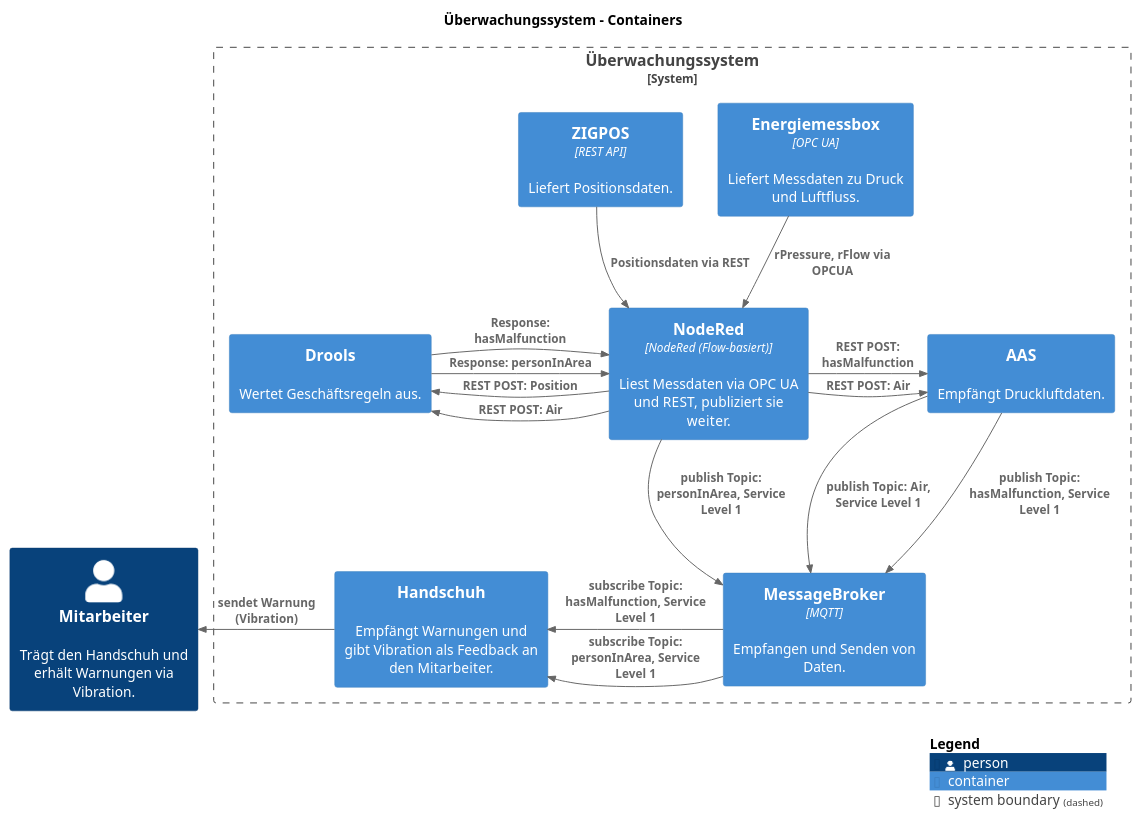
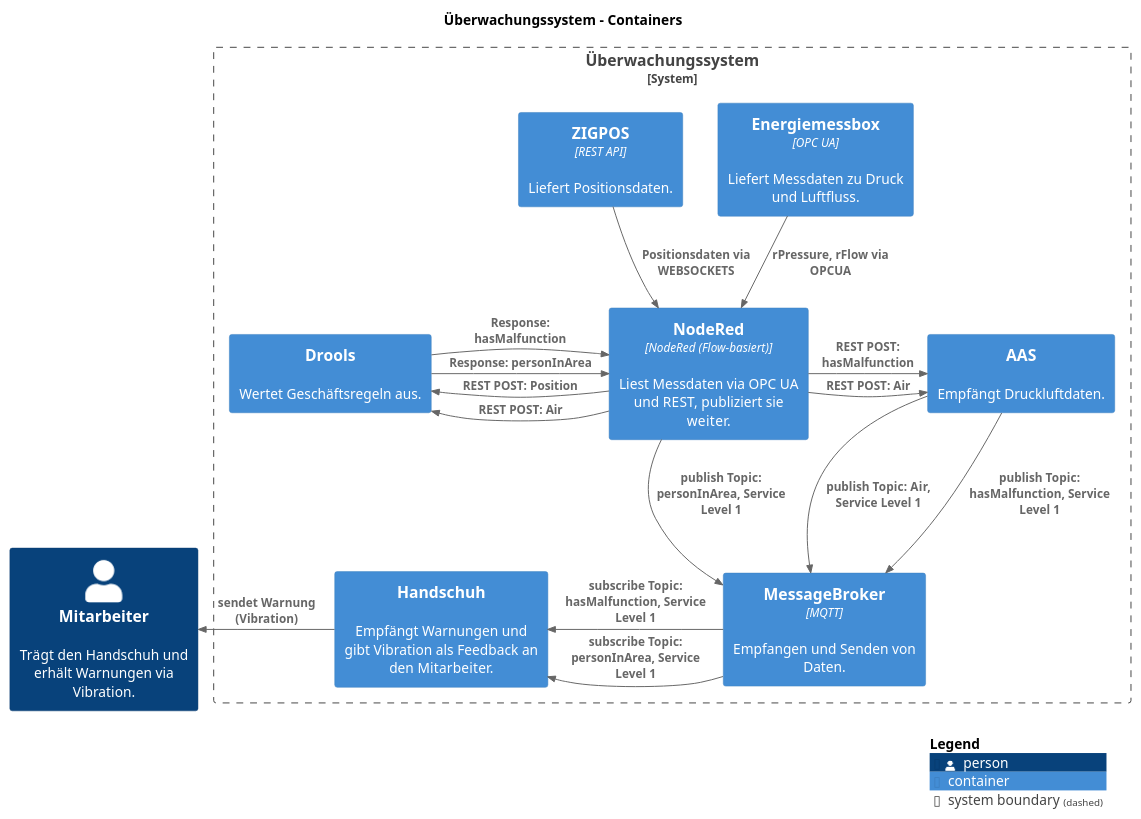
One commit to a-schulz/bpa-energiemessbox changed the diagram in system_diagram.puml. Above: the diagram before and after it, drawn with PlantUML. The commit also changed 1 other file, not shown here.

Commit message:
concept: system_diagram.puml

```diff
--- a/system_diagram.puml
+++ b/system_diagram.puml
@@ -1,45 +1,45 @@
 @startuml
 set separator none
 
 title Überwachungssystem - Containers
 
 !include <C4/C4>
 !include <C4/C4_Context>
 !include <C4/C4_Container>
 
 Person(Mitarbeiter, "Mitarbeiter", $descr="Trägt den Handschuh und erhält Warnungen via Vibration.", $tags="", $link="")
 
 System_Boundary("Überwachungssystem_boundary", "Überwachungssystem", $tags="") {
   Container(Überwachungssystem.Energiemessbox, "Energiemessbox", $techn="OPC UA", $descr="Liefert Messdaten zu Druck und Luftfluss.", $tags="", $link="")
   Container(Überwachungssystem.NodeRed, "NodeRed", $techn="NodeRed (Flow-basiert)", $descr="Liest Messdaten via OPC UA und REST, publiziert sie weiter.", $tags="", $link="")
   Container(Überwachungssystem.ZIGPOS, "ZIGPOS", $techn="REST API", $descr="Liefert Positionsdaten.", $tags="", $link="")
   Container(Überwachungssystem.MessageBroker, "MessageBroker", $techn="MQTT", $descr="Empfangen und Senden von Daten.", $tags="", $link="")
   Container(Überwachungssystem.Handschuh, "Handschuh", $techn="", $descr="Empfängt Warnungen und gibt Vibration als Feedback an den Mitarbeiter.", $tags="", $link="")
   Container(Überwachungssystem.AAS, "AAS", $techn="", $descr="Empfängt Druckluftdaten.", $tags="", $link="")
   Container(Überwachungssystem.Drools, "Drools", $techn="", $descr="Wertet Geschäftsregeln aus.", $tags="", $link="")
 }
 
 Rel(Überwachungssystem.Energiemessbox, Überwachungssystem.NodeRed, "rPressure, rFlow via OPCUA", $techn="", $tags="", $link="")
-Rel(Überwachungssystem.ZIGPOS, Überwachungssystem.NodeRed, "Positionsdaten via REST", $techn="", $tags="", $link="")
+Rel(Überwachungssystem.ZIGPOS, Überwachungssystem.NodeRed, "Positionsdaten via WEBSOCKETS", $techn="", $tags="", $link="")
 
 Rel_L(Überwachungssystem.NodeRed, Überwachungssystem.Drools, "REST POST: Air", $techn="", $tags="", $link="")
 Rel_R(Überwachungssystem.Drools, Überwachungssystem.NodeRed, "Response: hasMalfunction", $techn="", $tags="", $link="")
 
 Rel_L(Überwachungssystem.NodeRed, Überwachungssystem.Drools, "REST POST: Position", $techn="", $tags="", $link="")
 Rel_R(Überwachungssystem.Drools, Überwachungssystem.NodeRed, "Response: personInArea", $techn="", $tags="", $link="")
 
 Rel_R(Überwachungssystem.NodeRed, Überwachungssystem.AAS, "REST POST: Air", $techn="", $tags="", $link="")
 Rel_L(Überwachungssystem.NodeRed, Überwachungssystem.AAS, "REST POST: hasMalfunction", $techn="", $tags="", $link="")
 
 Rel(Überwachungssystem.NodeRed, Überwachungssystem.MessageBroker, "publish Topic: personInArea, Service Level 1", $techn="", $tags="", $link="")
 
 Rel(Überwachungssystem.AAS, Überwachungssystem.MessageBroker, "publish Topic: Air, Service Level 1", $techn="", $tags="", $link="")
 Rel(Überwachungssystem.AAS, Überwachungssystem.MessageBroker, "publish Topic: hasMalfunction, Service Level 1", $techn="", $tags="", $link="")
 
 Rel_L(Überwachungssystem.MessageBroker, Überwachungssystem.Handschuh, "subscribe Topic: hasMalfunction, Service Level 1", $techn="", $tags="", $link="")
 Rel_L(Überwachungssystem.MessageBroker, Überwachungssystem.Handschuh, "subscribe Topic: personInArea, Service Level 1", $techn="", $tags="", $link="")
 
 Rel_L(Überwachungssystem.Handschuh, Mitarbeiter, "sendet Warnung (Vibration)", $techn="", $tags="", $link="")
 
 SHOW_LEGEND(true)
 @enduml
```
